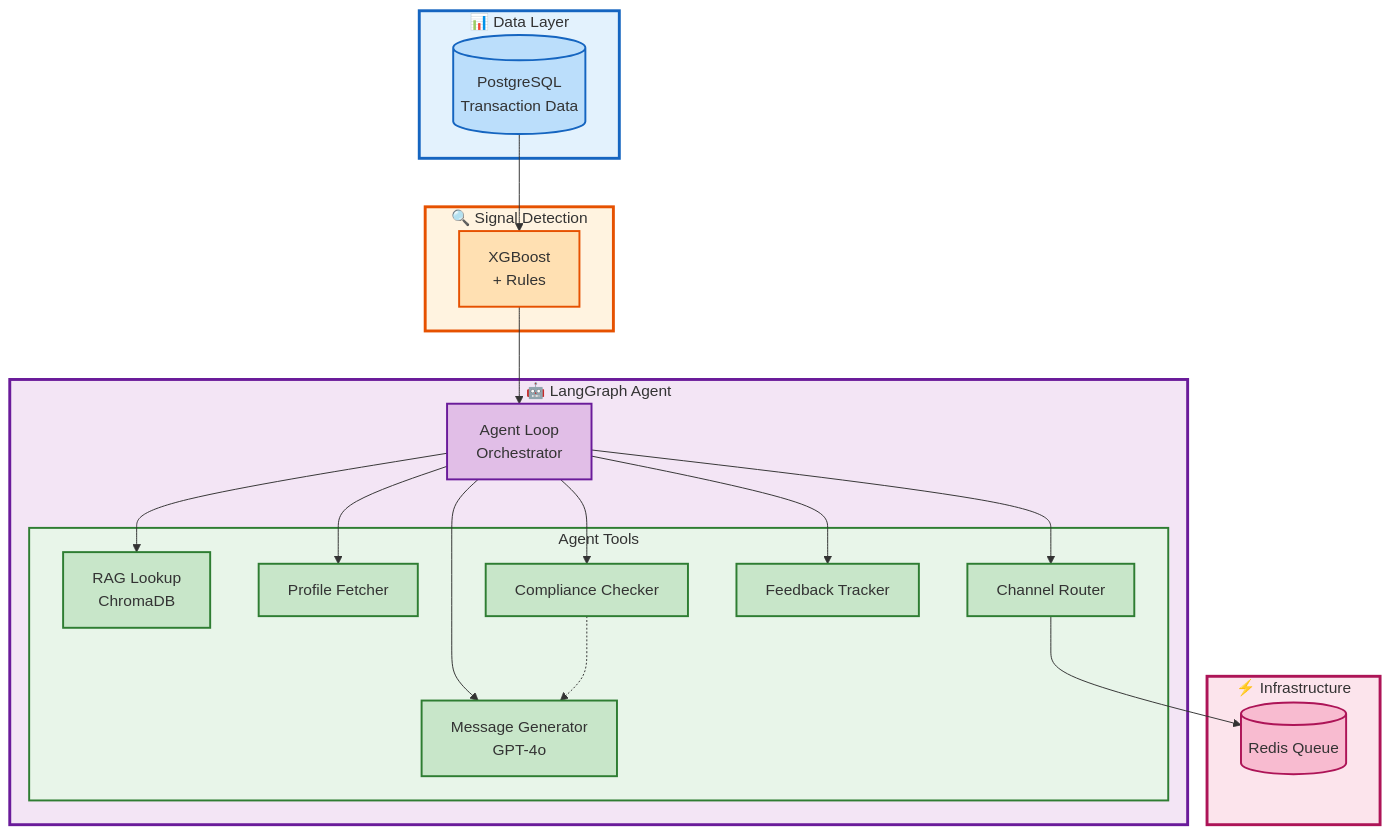
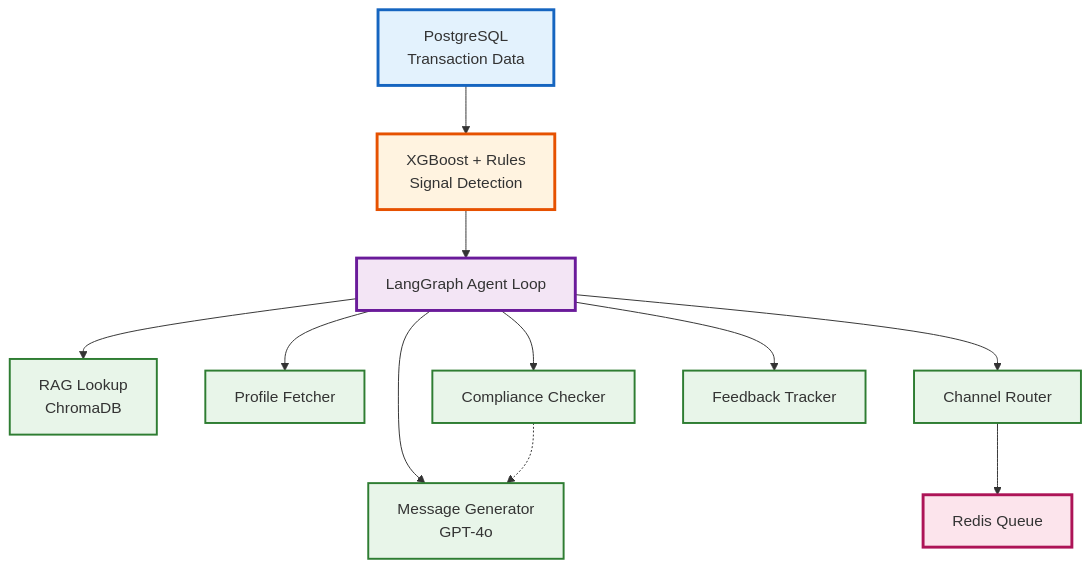
Before and after one commit to Harsimran-Dalal/lifesignal-sbi: the first of 2 diagrams in README.md, drawn with Mermaid. The commit also changed other lines of this file, not shown here.

Commit message:
Fix Mermaid diagrams to use compatible graph syntax for GitHub rendering

````diff
--- a/README.md
+++ b/README.md
@@ -39,55 +39,35 @@
 ```mermaid
-flowchart TB
-    subgraph DATA["📊 Data Layer"]
-        PG[("PostgreSQL<br/>Transaction Data")]
-    end
-    
-    subgraph ML["🔍 Signal Detection"]
-        XGB["XGBoost<br/>+ Rules"]
-    end
-    
-    subgraph AGENT["🤖 LangGraph Agent"]
-        AGENT_CORE["Agent Loop<br/>Orchestrator"]
-        
-        subgraph TOOLS["Agent Tools"]
-            RAG["RAG Lookup<br/>ChromaDB"]
-            PROFILE["Profile Fetcher"]
-            MSG["Message Generator<br/>GPT-4o"]
-            COMP["Compliance Checker"]
-            ROUTER["Channel Router"]
-            TRACK["Feedback Tracker"]
-        end
-    end
-    
-    subgraph INFRA["⚡ Infrastructure"]
-        REDIS[("Redis Queue")]
-    end
+graph TB
+    PG[PostgreSQL<br/>Transaction Data]
+    XGB[XGBoost + Rules<br/>Signal Detection]
+    AGENT[LangGraph Agent Loop]
+    RAG[RAG Lookup<br/>ChromaDB]
+    PROFILE[Profile Fetcher]
+    MSG[Message Generator<br/>GPT-4o]
+    COMP[Compliance Checker]
+    ROUTER[Channel Router]
+    TRACK[Feedback Tracker]
+    REDIS[Redis Queue]
     
     PG --> XGB
-    XGB --> AGENT_CORE
-    AGENT_CORE --> RAG
-    AGENT_CORE --> PROFILE
-    AGENT_CORE --> MSG
-    AGENT_CORE --> COMP
-    AGENT_CORE --> ROUTER
-    AGENT_CORE --> TRACK
+    XGB --> AGENT
+    AGENT --> RAG
+    AGENT --> PROFILE
+    AGENT --> MSG
+    AGENT --> COMP
+    AGENT --> ROUTER
+    AGENT --> TRACK
     COMP -.-> MSG
     ROUTER --> REDIS
     
-    style DATA fill:#e3f2fd,stroke:#1565C0,stroke-width:3px
-    style ML fill:#fff3e0,stroke:#E65100,stroke-width:3px
+    style PG fill:#e3f2fd,stroke:#1565C0,stroke-width:3px
+    style XGB fill:#fff3e0,stroke:#E65100,stroke-width:3px
     style AGENT fill:#f3e5f5,stroke:#6A1B9A,stroke-width:3px
-    style TOOLS fill:#e8f5e9,stroke:#2E7D32,stroke-width:2px
-    style INFRA fill:#fce4ec,stroke:#AD1457,stroke-width:3px
-    
-    style PG fill:#BBDEFB,stroke:#1565C0,stroke-width:2px
-    style XGB fill:#FFE0B2,stroke:#E65100,stroke-width:2px
-    style AGENT_CORE fill:#E1BEE7,stroke:#6A1B9A,stroke-width:2px
-    style RAG fill:#C8E6C9,stroke:#2E7D32,stroke-width:2px
-    style PROFILE fill:#C8E6C9,stroke:#2E7D32,stroke-width:2px
-    style MSG fill:#C8E6C9,stroke:#2E7D32,stroke-width:2px
-    style COMP fill:#C8E6C9,stroke:#2E7D32,stroke-width:2px
-    style ROUTER fill:#C8E6C9,stroke:#2E7D32,stroke-width:2px
-    style TRACK fill:#C8E6C9,stroke:#2E7D32,stroke-width:2px
-    style REDIS fill:#F8BBD0,stroke:#AD1457,stroke-width:2px
+    style RAG fill:#e8f5e9,stroke:#2E7D32,stroke-width:2px
+    style PROFILE fill:#e8f5e9,stroke:#2E7D32,stroke-width:2px
+    style MSG fill:#e8f5e9,stroke:#2E7D32,stroke-width:2px
+    style COMP fill:#e8f5e9,stroke:#2E7D32,stroke-width:2px
+    style ROUTER fill:#e8f5e9,stroke:#2E7D32,stroke-width:2px
+    style TRACK fill:#e8f5e9,stroke:#2E7D32,stroke-width:2px
+    style REDIS fill:#fce4ec,stroke:#AD1457,stroke-width:3px
 ```
````
